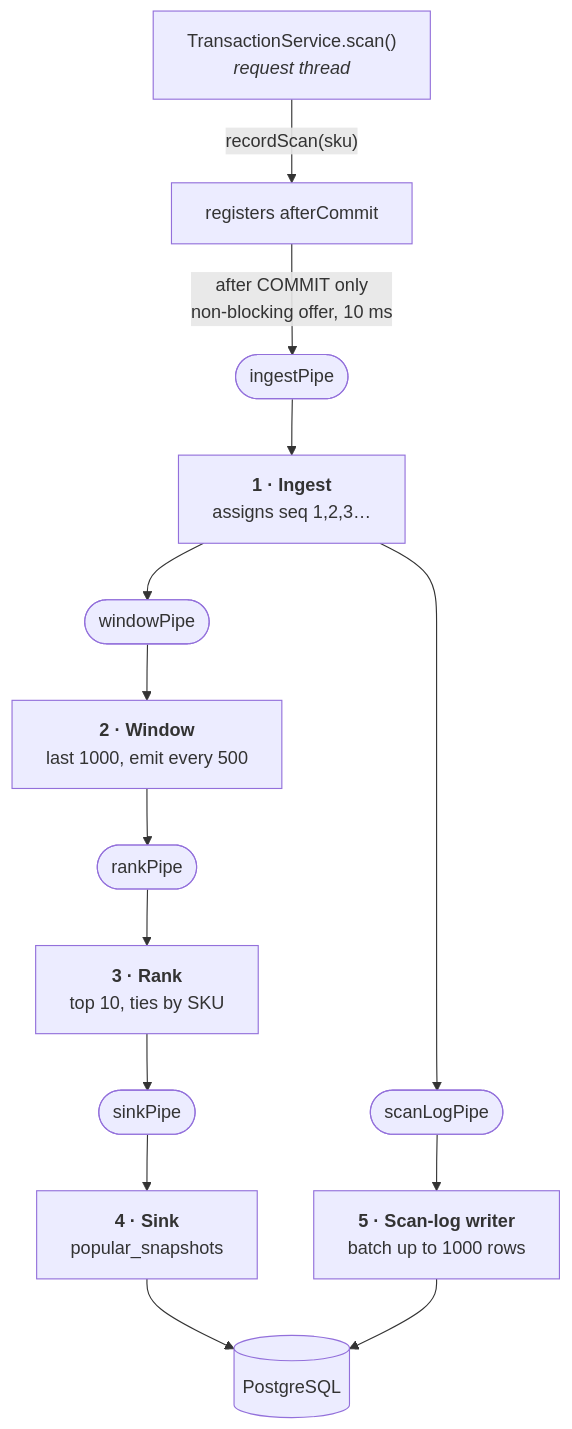
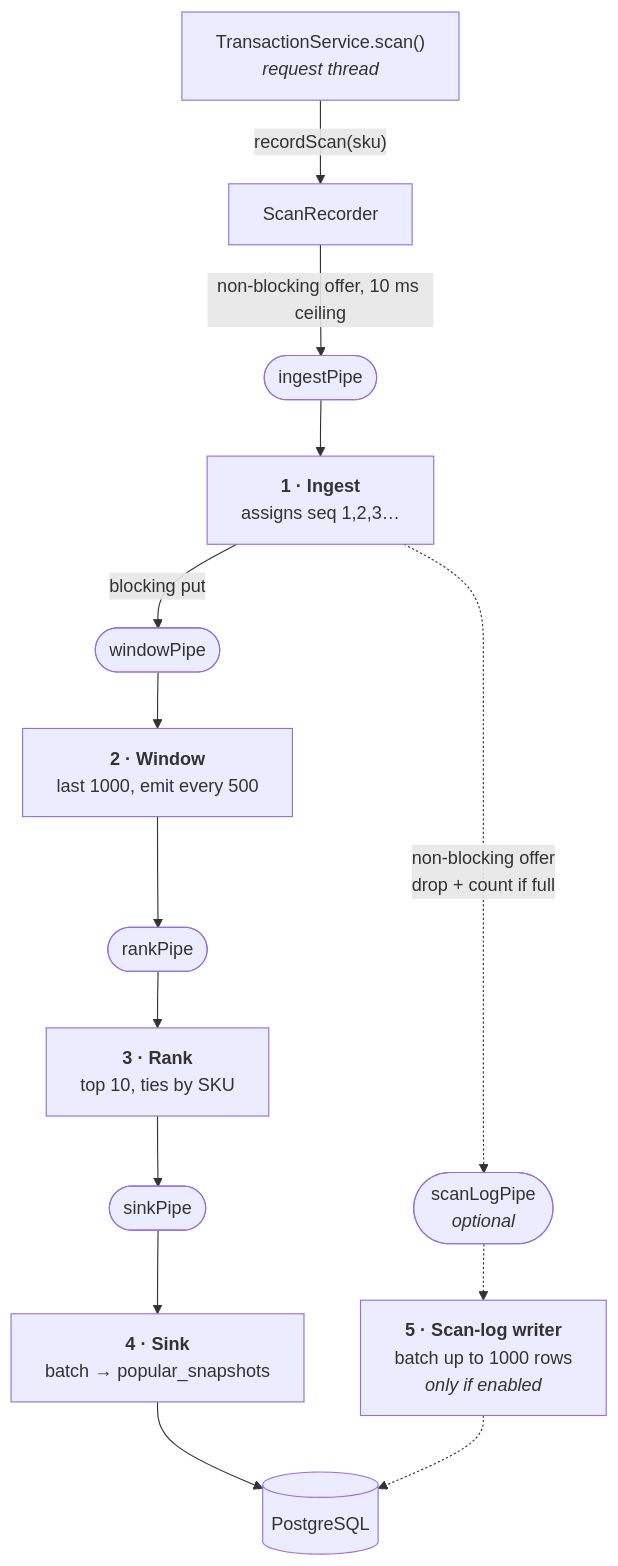
One commit to Vatsalya2003/self_checkout_system changed the diagram in PIPELINE.md. Above: the diagram before and after it, drawn with Mermaid. The commit also changed other lines of this file and 2 other files, not shown here.

````diff
--- a/PIPELINE.md
+++ b/PIPELINE.md
@@ -53,16 +60,16 @@
 ```mermaid
 flowchart TD
-    TS["TransactionService.scan()<br/><i>request thread</i>"] -->|"recordScan(sku)"| AC["registers afterCommit"]
-    AC -->|"after COMMIT only<br/>non-blocking offer, 10 ms"| P0(["ingestPipe"])
+    TS["TransactionService.scan()<br/><i>request thread</i>"] -->|"recordScan(sku)"| AC["ScanRecorder"]
+    AC -->|"non-blocking offer, 10 ms ceiling"| P0(["ingestPipe"])
     P0 --> F1["<b>1 · Ingest</b><br/>assigns seq 1,2,3…"]
-    F1 --> P1(["windowPipe"])
-    F1 --> P2(["scanLogPipe"])
+    F1 -->|"blocking put"| P1(["windowPipe"])
+    F1 -.->|"non-blocking offer<br/>drop + count if full"| P2(["scanLogPipe<br/><i>optional</i>"])
     P1 --> F2["<b>2 · Window</b><br/>last 1000, emit every 500"]
     F2 --> P3(["rankPipe"])
     P3 --> F3["<b>3 · Rank</b><br/>top 10, ties by SKU"]
     F3 --> P4(["sinkPipe"])
-    P4 --> F4["<b>4 · Sink</b><br/>popular_snapshots"]
-    P2 --> F5["<b>5 · Scan-log writer</b><br/>batch up to 1000 rows"]
+    P4 --> F4["<b>4 · Sink</b><br/>batch → popular_snapshots"]
+    P2 -.-> F5["<b>5 · Scan-log writer</b><br/>batch up to 1000 rows<br/><i>only if enabled</i>"]
     F4 --> DB[(PostgreSQL)]
-    F5 --> DB
+    F5 -.-> DB
 ```
````
